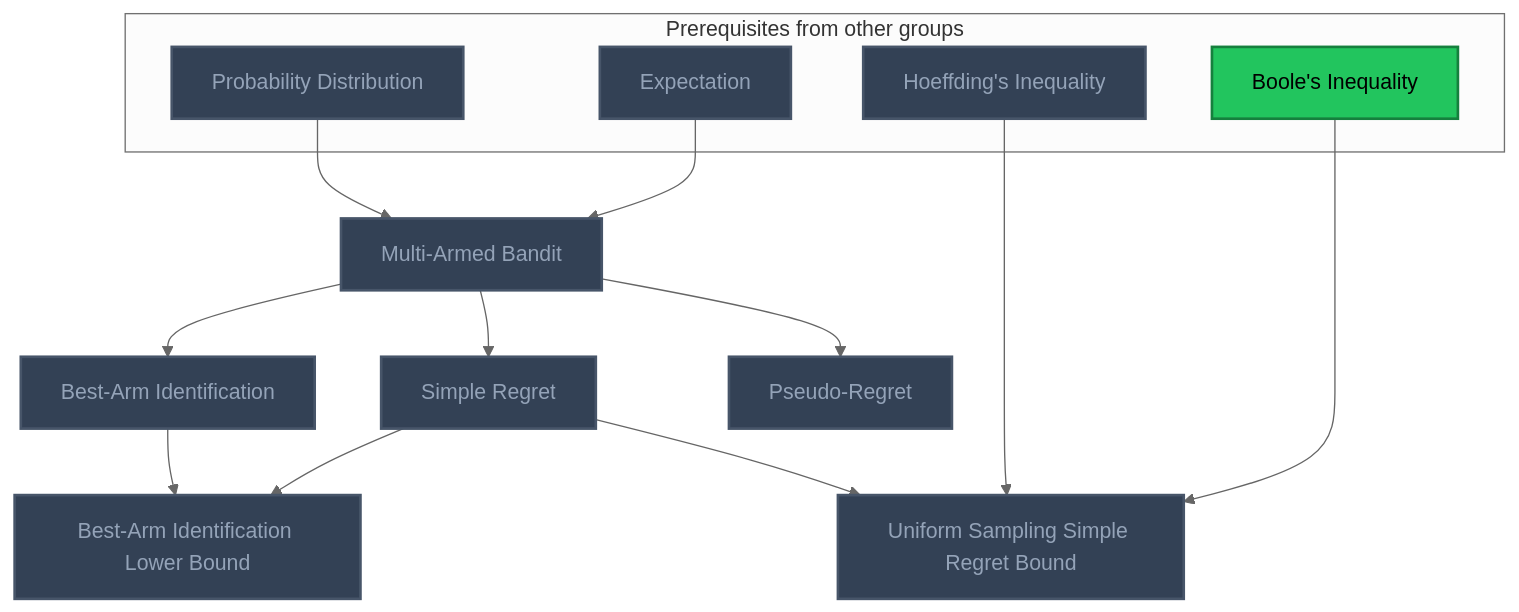
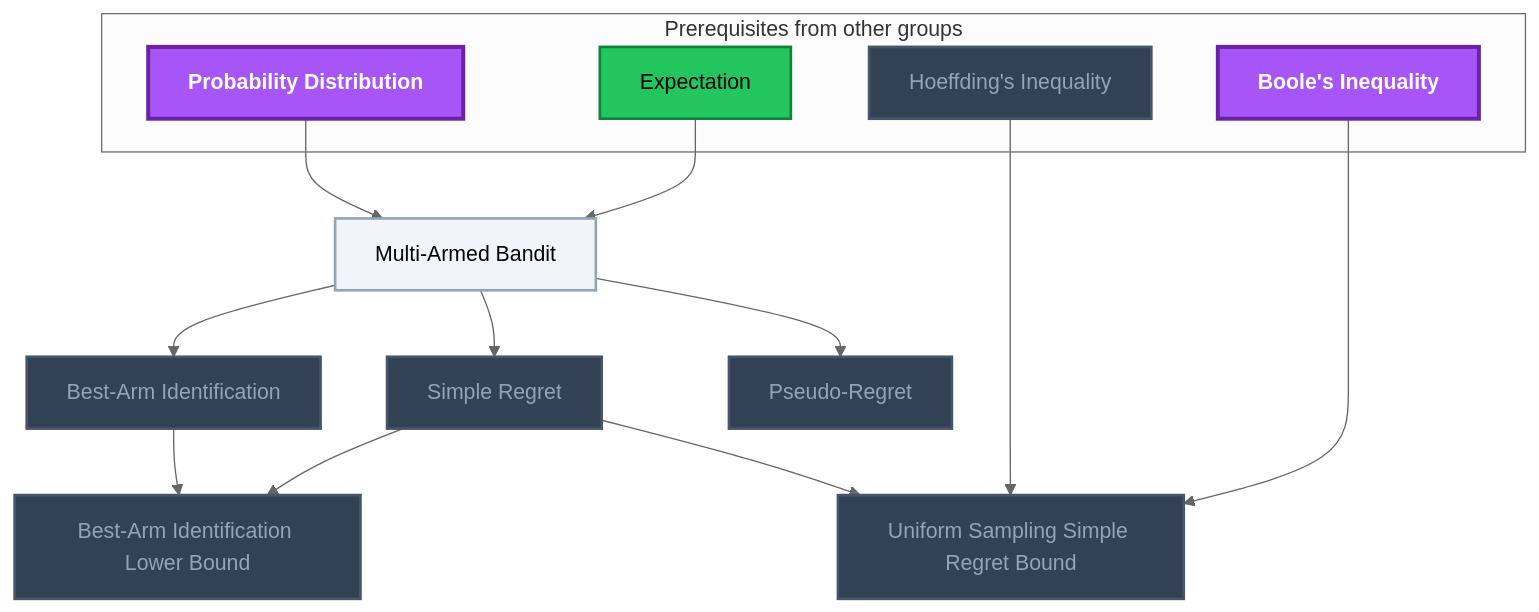
Before and after one commit to MRauf1/My-Notes: the seventh of 11 diagrams in Gamification/Skill Trees/Reinforcement Learning.md, drawn with Mermaid (neutral theme). The commit also changed other lines of this file and 145 other files, not shown here.

````diff
--- a/Gamification/Skill Trees/Reinforcement Learning.md
+++ b/Gamification/Skill Trees/Reinforcement Learning.md
@@ -263,37 +263,39 @@
 ```mermaid
 flowchart TD
     classDef planned fill:#1E293B,stroke:#64748B,stroke-width:2px,stroke-dasharray:5 5,color:#94A3B8;
     classDef locked fill:#334155,stroke:#475569,stroke-width:2px,color:#94A3B8;
     classDef L0 fill:#F1F5F9,stroke:#94A3B8,stroke-width:2px,color:#000000;
     classDef L1 fill:#22C55E,stroke:#15803D,stroke-width:2px,color:#000000;
     classDef L2 fill:#3B82F6,stroke:#1D4ED8,stroke-width:3px,color:#FFFFFF;
     classDef L3 fill:#A855F7,stroke:#6B21A8,stroke-width:3px,color:#FFFFFF,font-weight:bold;
     classDef L4 fill:#F97316,stroke:#C2410C,stroke-width:4px,color:#000000,font-weight:bold;
     classDef L5 fill:#FFD700,stroke:#FF8C00,stroke-width:5px,color:#000000,font-weight:bold;
     classDef rusty stroke:#8B4513,stroke-width:4px,stroke-dasharray:3 3;
     subgraph sg_prereqs["Prerequisites from other groups"]
         n_probability_distribution["Probability Distribution"]
         n_expectation["Expectation"]
         n_hoeffding_s_inequality["Hoeffding's Inequality"]
         n_boole_s_inequality["Boole's Inequality"]
     end
     n_multi_armed_bandit["Multi-Armed Bandit"]
     n_pseudo_regret["Pseudo-Regret"]
     n_simple_regret["Simple Regret"]
     n_best_arm_identification["Best-Arm Identification"]
     n_uniform_sampling_simple_regret_bound["Uniform Sampling Simple Regret Bound"]
     n_best_arm_identification_lower_bound["Best-Arm Identification Lower Bound"]
     n_probability_distribution --> n_multi_armed_bandit
     n_expectation --> n_multi_armed_bandit
     n_multi_armed_bandit --> n_pseudo_regret
     n_multi_armed_bandit --> n_simple_regret
     n_multi_armed_bandit --> n_best_arm_identification
     n_simple_regret --> n_uniform_sampling_simple_regret_bound
     n_hoeffding_s_inequality --> n_uniform_sampling_simple_regret_bound
     n_boole_s_inequality --> n_uniform_sampling_simple_regret_bound
     n_best_arm_identification --> n_best_arm_identification_lower_bound
     n_simple_regret --> n_best_arm_identification_lower_bound
-    class n_probability_distribution,n_expectation,n_hoeffding_s_inequality,n_multi_armed_bandit,n_pseudo_regret,n_simple_regret,n_best_arm_identification,n_uniform_sampling_simple_regret_bound,n_best_arm_identification_lower_bound locked;
-    class n_boole_s_inequality L1;
+    class n_hoeffding_s_inequality,n_pseudo_regret,n_simple_regret,n_best_arm_identification,n_uniform_sampling_simple_regret_bound,n_best_arm_identification_lower_bound locked;
+    class n_multi_armed_bandit L0;
+    class n_expectation L1;
+    class n_probability_distribution,n_boole_s_inequality L3;
     class n_probability_distribution,n_expectation,n_hoeffding_s_inequality,n_boole_s_inequality,n_multi_armed_bandit,n_pseudo_regret,n_simple_regret,n_best_arm_identification,n_uniform_sampling_simple_regret_bound,n_best_arm_identification_lower_bound internal-link;
 ```
````
